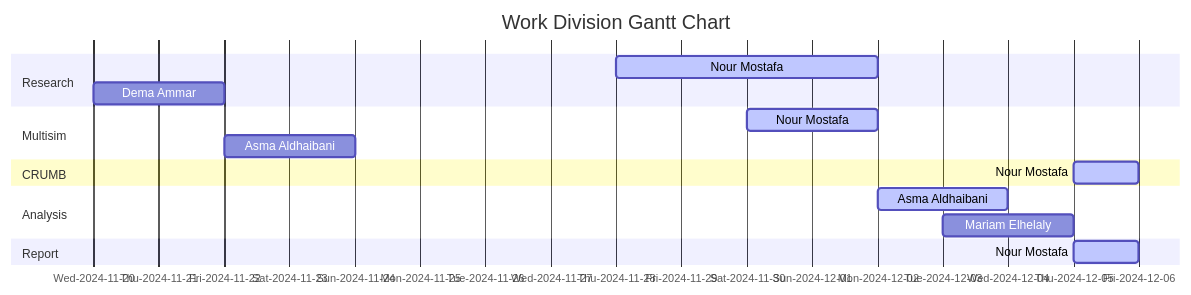
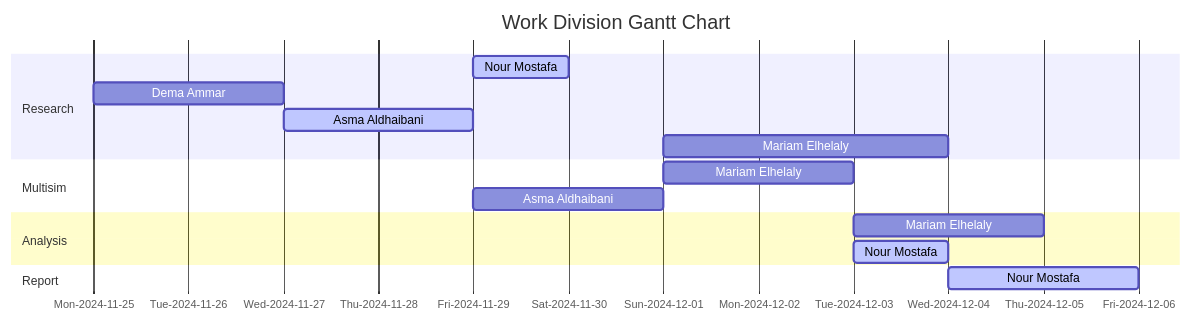
The diagram in 220V AC to 3V DC Power Supply Circuit/README.md (Nour-MK/MyCircuitDesigns), drawn with Mermaid before and after one commit.

````diff
--- a/220V AC to 3V DC Power Supply Circuit/README.md
+++ b/220V AC to 3V DC Power Supply Circuit/README.md
@@ -67,20 +67,20 @@
 ```mermaid
 gantt
     title Work Division Gantt Chart
     tickInterval 1day
     todayMarker off
     axisFormat %a-%Y-%m-%d
     section Research         
-        Nour Mostafa : active, 2024-11-28 00:00, 4d
-        Dema Ammar : 2024-11-20 00:00, 2d
+        Nour Mostafa : active, 2024-11-29 00:00, 1d
+        Dema Ammar : 2024-11-25 00:00, 2d
+        Asma Aldhaibani : active, 2024-11-27 00:00, 2d
+        Mariam Elhelaly : 2024-12-01 00:00, 3d
     section Multisim         
-        Nour Mostafa : active, 2024-11-30 00:00, 2d
-        Asma Aldhaibani : 2024-11-22 00:00, 2d
-    section CRUMB       
-        Nour Mostafa : active, 2024-12-5 00:00, 1d
+        Mariam Elhelaly : 2024-12-01 00:00, 2d
+        Asma Aldhaibani : 2024-11-29 00:00, 2d
     section Analysis       
-        Asma Aldhaibani : active, 2024-12-02 00:00, 1.5d
-        Mariam Elhelaly : 2024-12-03 00:00, 1.5d
+        Mariam Elhelaly : 2024-12-03 00:00, 2d
+        Nour Mostafa : active, 2024-12-03 00:00, 1d
     section Report
-        Nour Mostafa : active, 2024-12-5 00:00, 1d
+        Nour Mostafa : active, 2024-12-4 00:00, 2d
 ```
````
